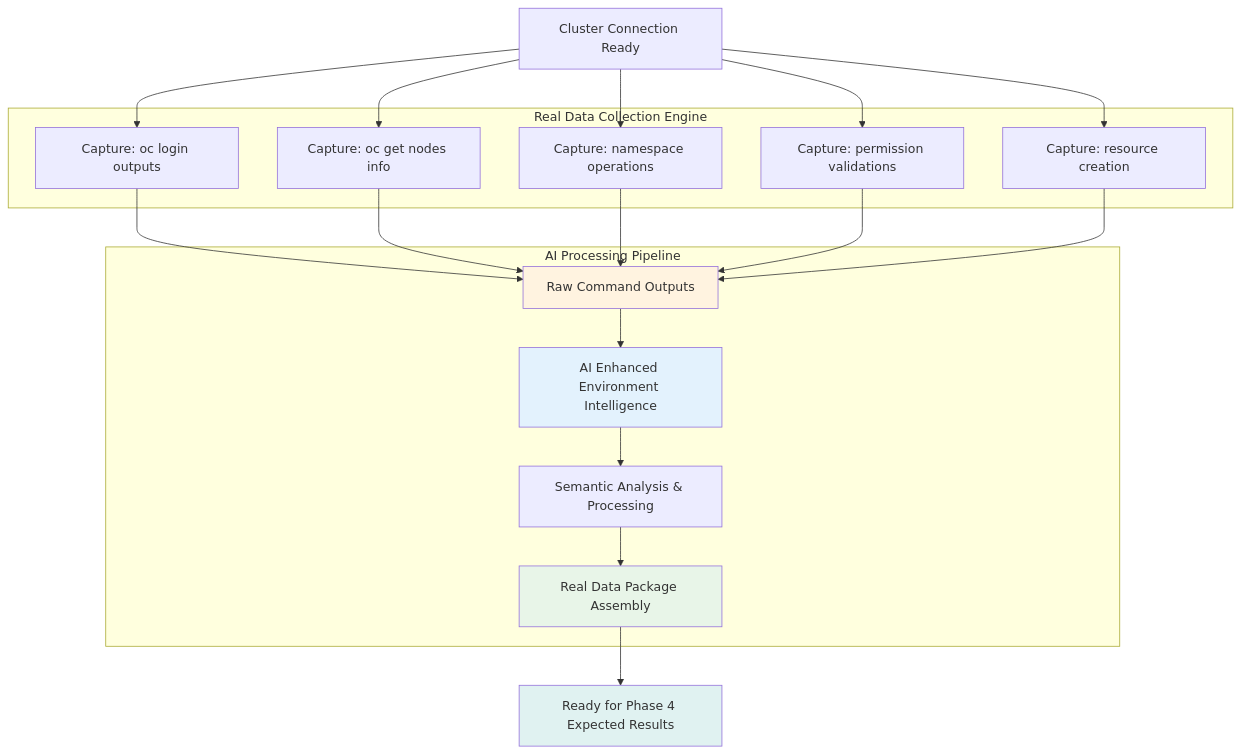
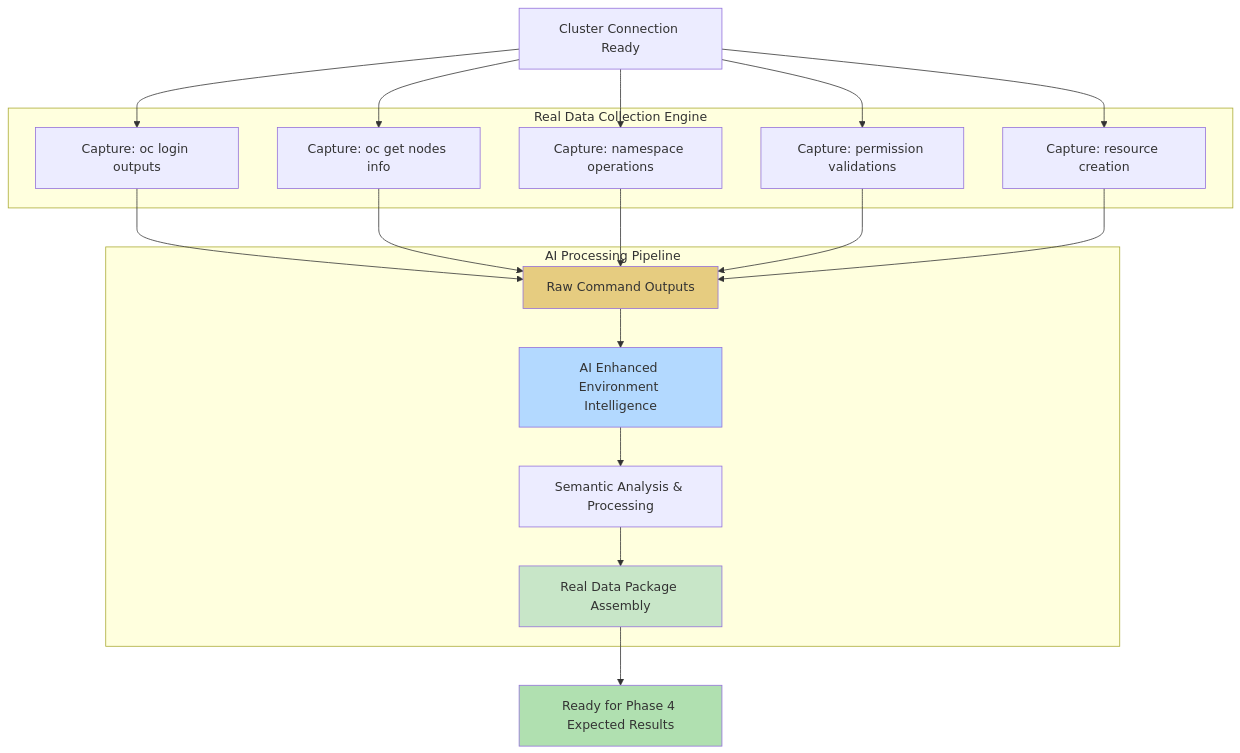
One commit to stolostron/ai-test-gen changed the ninth of 29 diagrams in apps/claude-test-generator/docs/framework-workflow-details.md. Above: the diagram before and after it, drawn with Mermaid. The commit also changed other lines of this file and 15 other files, not shown here.

First line of the commit message:
🛡️ CRITICAL SECURITY: Implement comprehensive AI security architecture

````diff
--- a/apps/claude-test-generator/docs/framework-workflow-details.md
+++ b/apps/claude-test-generator/docs/framework-workflow-details.md
@@ -459,43 +437,43 @@
 ```mermaid
 flowchart TD
     CLUSTER[Cluster Connection Ready]
     
     subgraph "Real Data Collection Engine"
         LOGIN[Capture: oc login outputs]
         INFO[Capture: oc get nodes info]
         NAMESPACE[Capture: namespace operations]
         PERMISSIONS[Capture: permission validations]
         RESOURCES[Capture: resource creation]
     end
     
     subgraph "AI Processing Pipeline"
         RAW[Raw Command Outputs]
         AI_PROCESS[AI Enhanced Environment Intelligence]
         SEMANTIC[Semantic Analysis & Processing]
         PACKAGE[Real Data Package Assembly]
     end
     
     READY[Ready for Phase 4 Expected Results]
     
     CLUSTER --> LOGIN
     CLUSTER --> INFO
     CLUSTER --> NAMESPACE
     CLUSTER --> PERMISSIONS
     CLUSTER --> RESOURCES
     
     LOGIN --> RAW
     INFO --> RAW
     NAMESPACE --> RAW
     PERMISSIONS --> RAW
     RESOURCES --> RAW
     
     RAW --> AI_PROCESS
     AI_PROCESS --> SEMANTIC
     SEMANTIC --> PACKAGE
     PACKAGE --> READY
     
-    style RAW fill:#fff3e0
-    style AI_PROCESS fill:#e3f2fd
-    style PACKAGE fill:#e8f5e8
-    style READY fill:#e0f2f1
+    style RAW fill:#e6cc80
+    style AI_PROCESS fill:#b3d9ff
+    style PACKAGE fill:#c8e6c8
+    style READY fill:#b0e0b0
 ```
````
